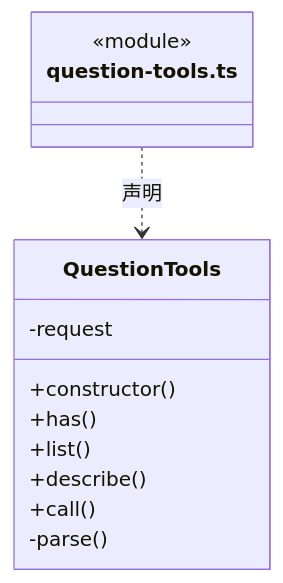
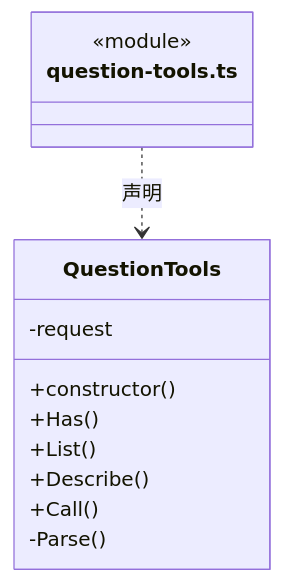
One commit to nan023062/cbim changed diagram 17 of 24 in src/logic/tools/runtime/ARCHITECTURE.md. Above: the diagram before and after it, drawn with Mermaid. The commit also changed other lines of this file and 1035 other files, not shown here.

````diff
--- a/src/logic/tools/runtime/ARCHITECTURE.md
+++ b/src/logic/tools/runtime/ARCHITECTURE.md
@@ -400,16 +400,16 @@
 ```mermaid
 classDiagram
 class N_src_logic_tools_runtime_question_tools_ts["question-tools.ts"] {
   <<module>>
 }
 class N_src_logic_tools_runtime_question_tools_ts_QuestionTools["QuestionTools"] {
   +constructor()
-  +has()
-  +list()
-  +describe()
-  +call()
+  +Has()
+  +List()
+  +Describe()
+  +Call()
   -request
-  -parse()
+  -Parse()
 }
 N_src_logic_tools_runtime_question_tools_ts ..> N_src_logic_tools_runtime_question_tools_ts_QuestionTools : 声明
 ```
````
